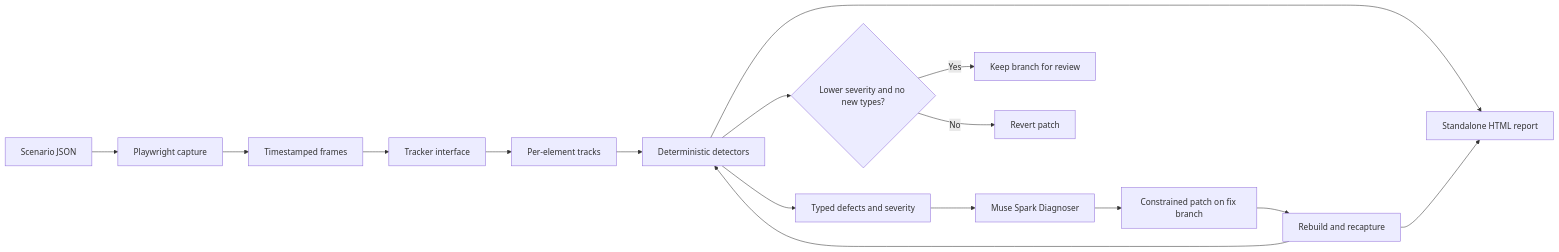
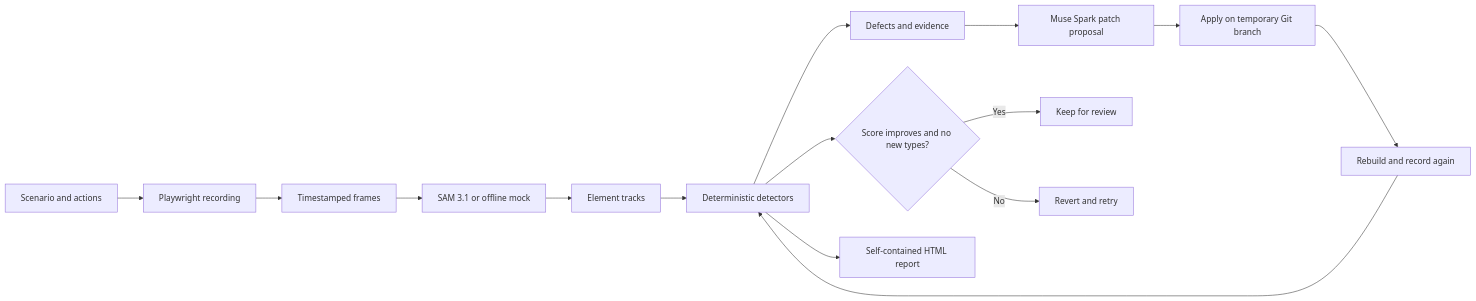
Before and after one commit to LokeshDasari123/jankhunter: the diagram in README.md, drawn with Mermaid. The commit also changed other lines of this file and 9 other files, not shown here.

````diff
--- a/README.md
+++ b/README.md
@@ -46,18 +59,17 @@
 ```mermaid
 flowchart LR
-    A[Scenario JSON] --> B[Playwright capture]
+    A[Scenario and actions] --> B[Playwright recording]
     B --> C[Timestamped frames]
-    C --> D[Tracker interface]
-    D --> E[Per-element tracks]
+    C --> D[SAM 3.1 or offline mock]
+    D --> E[Element tracks]
     E --> F[Deterministic detectors]
-    F --> G[Typed defects and severity]
-    G --> H[Muse Spark Diagnoser]
-    H --> I[Constrained patch on fix branch]
-    I --> J[Rebuild and recapture]
+    F --> G[Defects and evidence]
+    G --> H[Muse Spark patch proposal]
+    H --> I[Apply on temporary Git branch]
+    I --> J[Rebuild and record again]
     J --> F
-    F --> K{Lower severity and no new types?}
-    K -->|Yes| L[Keep branch for review]
-    K -->|No| M[Revert patch]
-    F --> N[Standalone HTML report]
-    J --> N
+    F --> K{Score improves and no new types?}
+    K -->|Yes| L[Keep for review]
+    K -->|No| M[Revert and retry]
+    F --> N[Self-contained HTML report]
 ```
````
